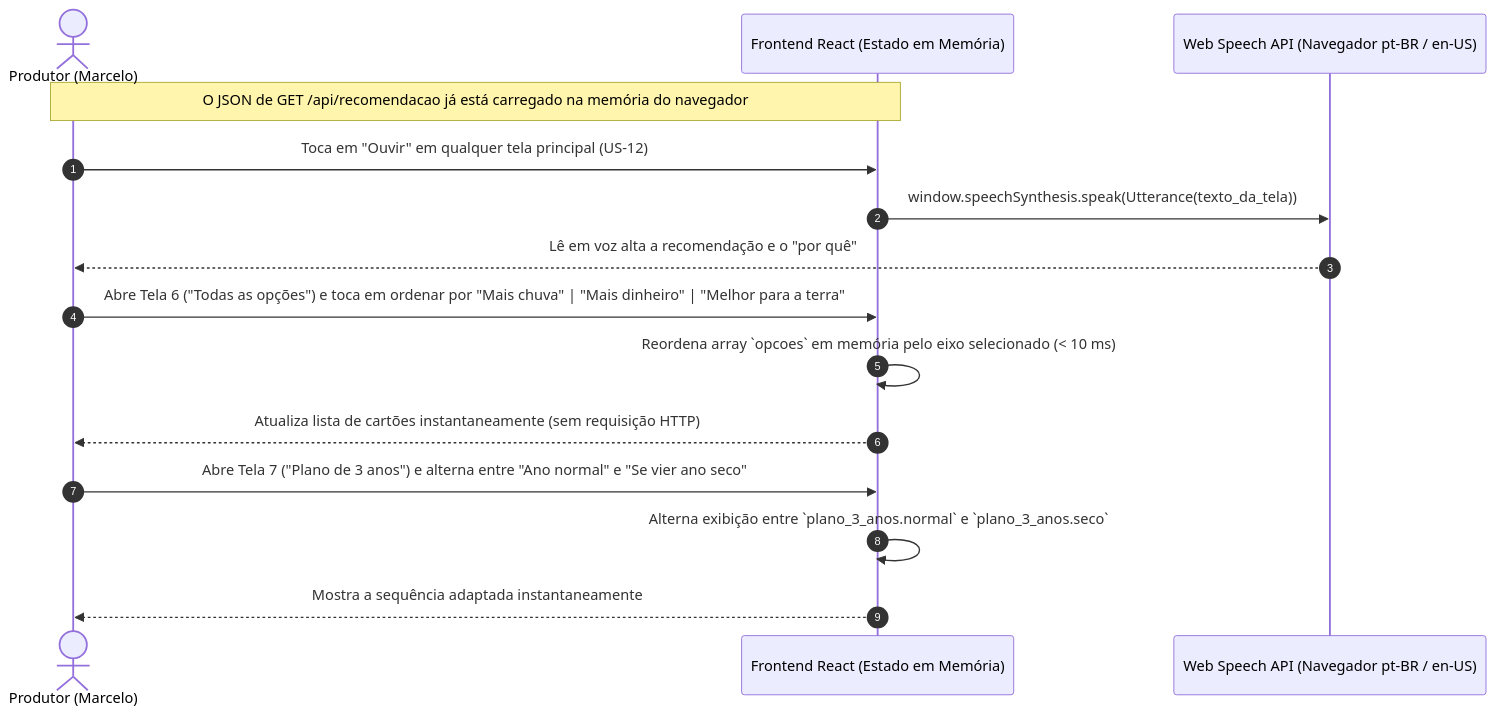
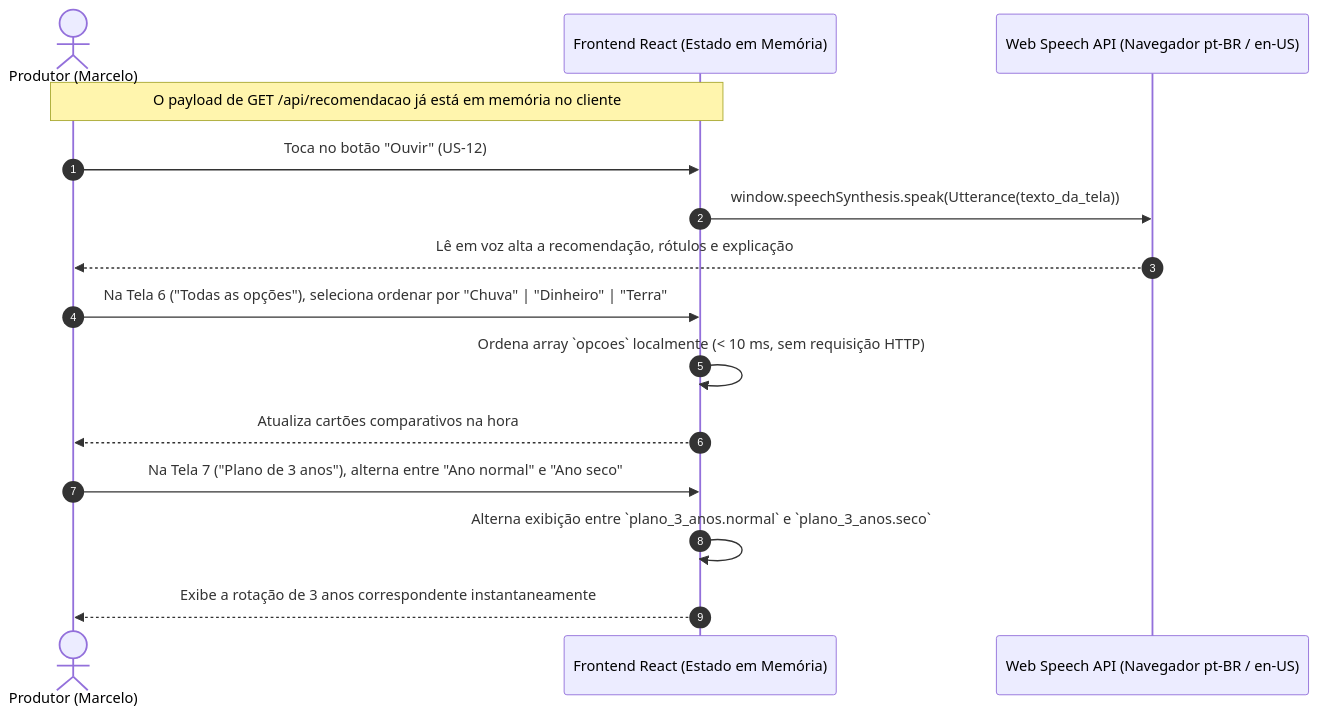
One commit to Ricardo07g/nasa-challenge changed the fifth of 6 diagrams in projeto/backend/docs/diagrama-de-sequencias.md. Above: the diagram before and after it, drawn with Mermaid. The commit also changed other lines of this file and 2 other files, not shown here.

````diff
--- a/projeto/backend/docs/diagrama-de-sequencias.md
+++ b/projeto/backend/docs/diagrama-de-sequencias.md
@@ -241,21 +231,21 @@
 ```mermaid
 sequenceDiagram
     autonumber
     actor Produtor as Produtor (Marcelo)
     participant UI as Frontend React (Estado em Memória)
     participant Speech as Web Speech API (Navegador pt-BR / en-US)
 
-    Note over Produtor,UI: O JSON de GET /api/recomendacao já está carregado na memória do navegador
+    Note over Produtor,UI: O payload de GET /api/recomendacao já está em memória no cliente
 
-    Produtor->>UI: Toca em "Ouvir" em qualquer tela principal (US-12)
+    Produtor->>UI: Toca no botão "Ouvir" (US-12)
     UI->>Speech: window.speechSynthesis.speak(Utterance(texto_da_tela))
-    Speech-->>Produtor: Lê em voz alta a recomendação e o "por quê"
+    Speech-->>Produtor: Lê em voz alta a recomendação, rótulos e explicação
 
-    Produtor->>UI: Abre Tela 6 ("Todas as opções") e toca em ordenar por "Mais chuva" | "Mais dinheiro" | "Melhor para a terra"
-    UI->>UI: Reordena array `opcoes` em memória pelo eixo selecionado (< 10 ms)
-    UI-->>Produtor: Atualiza lista de cartões instantaneamente (sem requisição HTTP)
+    Produtor->>UI: Na Tela 6 ("Todas as opções"), seleciona ordenar por "Chuva" | "Dinheiro" | "Terra"
+    UI->>UI: Ordena array `opcoes` localmente (< 10 ms, sem requisição HTTP)
+    UI-->>Produtor: Atualiza cartões comparativos na hora
 
-    Produtor->>UI: Abre Tela 7 ("Plano de 3 anos") e alterna entre "Ano normal" e "Se vier ano seco"
+    Produtor->>UI: Na Tela 7 ("Plano de 3 anos"), alterna entre "Ano normal" e "Ano seco"
     UI->>UI: Alterna exibição entre `plano_3_anos.normal` e `plano_3_anos.seco`
-    UI-->>Produtor: Mostra a sequência adaptada instantaneamente
+    UI-->>Produtor: Exibe a rotação de 3 anos correspondente instantaneamente
 ```
````
